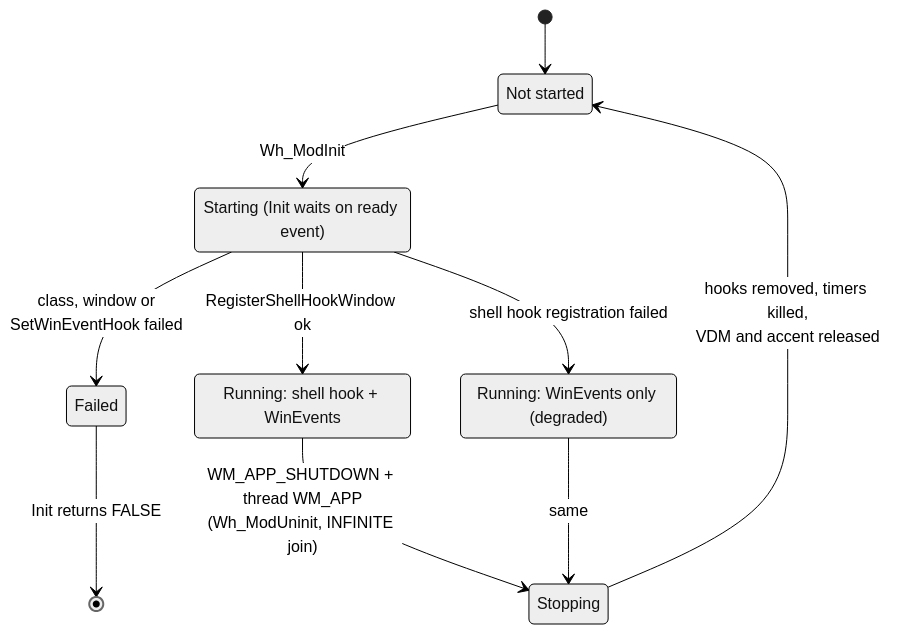
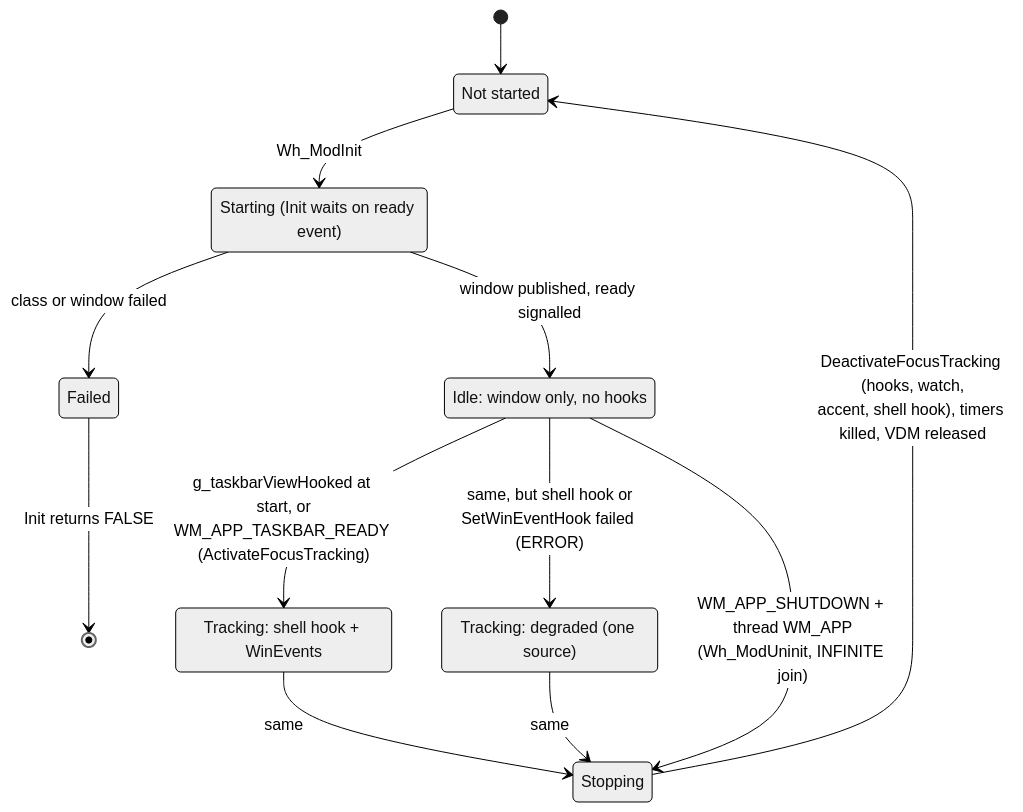
One commit to jvlasek/taskbar-recent-focus-highlight changed diagram 13 of 17 in doc/code/state-machines.md. Above: the diagram before and after it, drawn with Mermaid (neutral theme). The commit also changed other lines of this file and 10 other files, not shown here.

First line of the commit message:
0.12.1: focus tracking waits for the taskbar

````diff
--- a/doc/code/state-machines.md
+++ b/doc/code/state-machines.md
@@ -450,19 +450,22 @@
 ```mermaid
 stateDiagram-v2
     direction TB
     state "Not started" as N
     state "Starting (Init waits on ready event)" as S
-    state "Running: shell hook + WinEvents" as Full
-    state "Running: WinEvents only (degraded)" as Deg
+    state "Idle: window only, no hooks" as Idle
+    state "Tracking: shell hook + WinEvents" as Full
+    state "Tracking: degraded (one source)" as Deg
     state "Stopping" as X
     state "Failed" as F
     [*] --> N
     N --> S : Wh_ModInit
-    S --> F : class, window or<br/>SetWinEventHook failed
-    S --> Full : RegisterShellHookWindow ok
-    S --> Deg : shell hook registration failed
+    S --> F : class or window failed
+    S --> Idle : window published, ready signalled
+    Idle --> Full : g_taskbarViewHooked at start, or<br/>WM_APP_TASKBAR_READY (ActivateFocusTracking)
+    Idle --> Deg : same, but shell hook or<br/>SetWinEventHook failed (ERROR)
     F --> [*] : Init returns FALSE
-    Full --> X : WM_APP_SHUTDOWN + thread WM_APP<br/>(Wh_ModUninit, INFINITE join)
+    Idle --> X : WM_APP_SHUTDOWN + thread WM_APP<br/>(Wh_ModUninit, INFINITE join)
+    Full --> X : same
     Deg --> X : same
-    X --> N : hooks removed, timers killed,<br/>VDM and accent released
+    X --> N : DeactivateFocusTracking (hooks, watch,<br/>accent, shell hook), timers killed, VDM released
 ```
````
